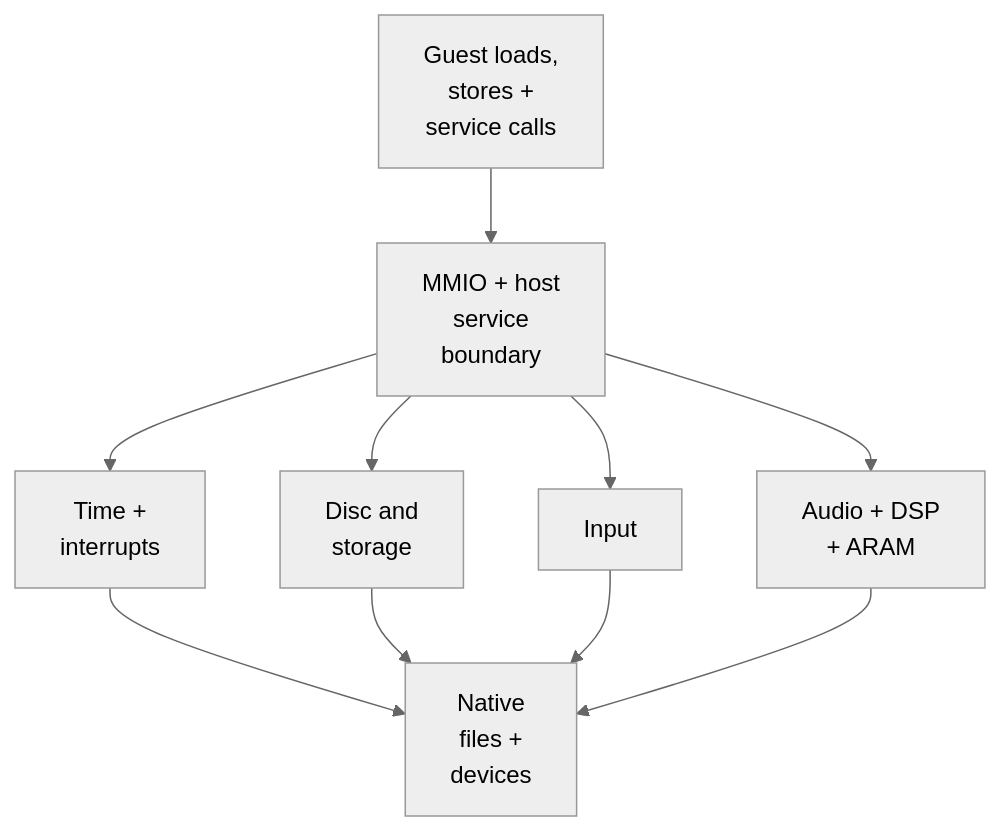
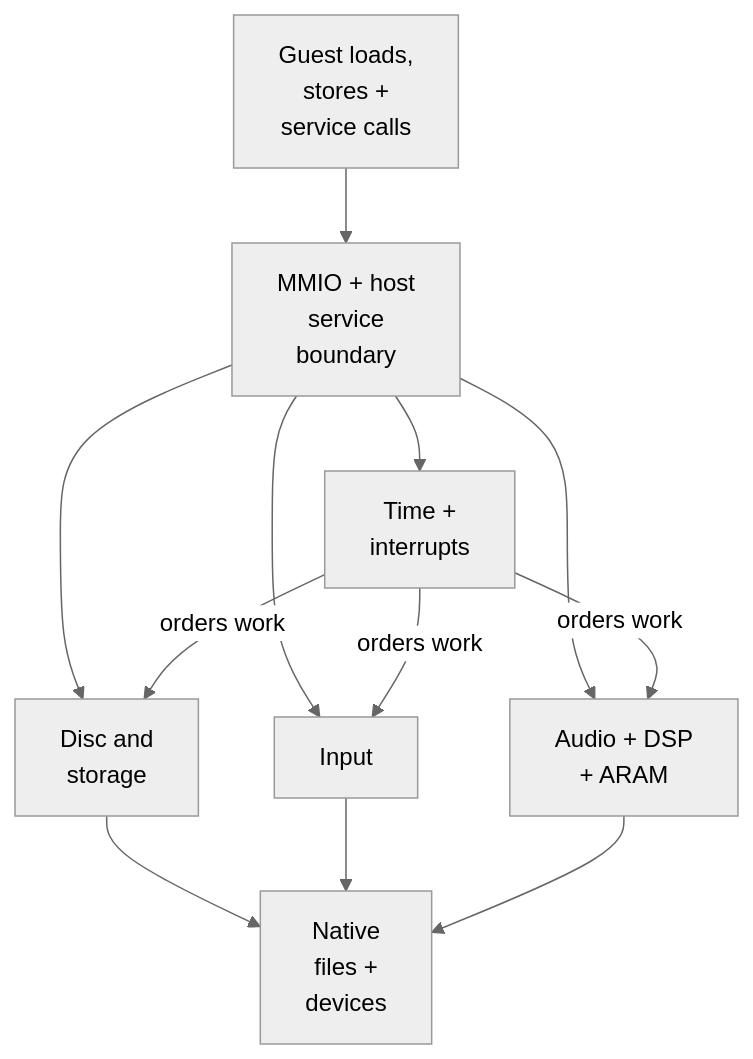
Before and after one commit to Aelbannan/boat_of_daphnes: the first of 3 diagrams in docs/architecture/Services.md, drawn with Mermaid (neutral theme). The commit also changed other lines of this file and 3 other files, not shown here.

Commit message:
docs: align runtime architecture contracts

````diff
--- a/docs/architecture/Services.md
+++ b/docs/architecture/Services.md
@@ -26,29 +26,31 @@
 ```mermaid
 flowchart TD
     Game["`Guest loads,
 stores +
 service calls`"]
     Boundary["`MMIO + host
 service
 boundary`"]
     Time["`Time +
 interrupts`"]
     Disc["`Disc and
 storage`"]
     Input["Input"]
     Audio["`Audio + DSP
 + ARAM`"]
     Platform["`Native
 files +
 devices`"]
 
     Game --> Boundary
     Boundary --> Time
     Boundary --> Disc
     Boundary --> Input
     Boundary --> Audio
-    Time --> Platform
+    Time -->|"orders work"| Disc
+    Time -->|"orders work"| Input
+    Time -->|"orders work"| Audio
     Disc --> Platform
     Input --> Platform
     Audio --> Platform
 ```
````
